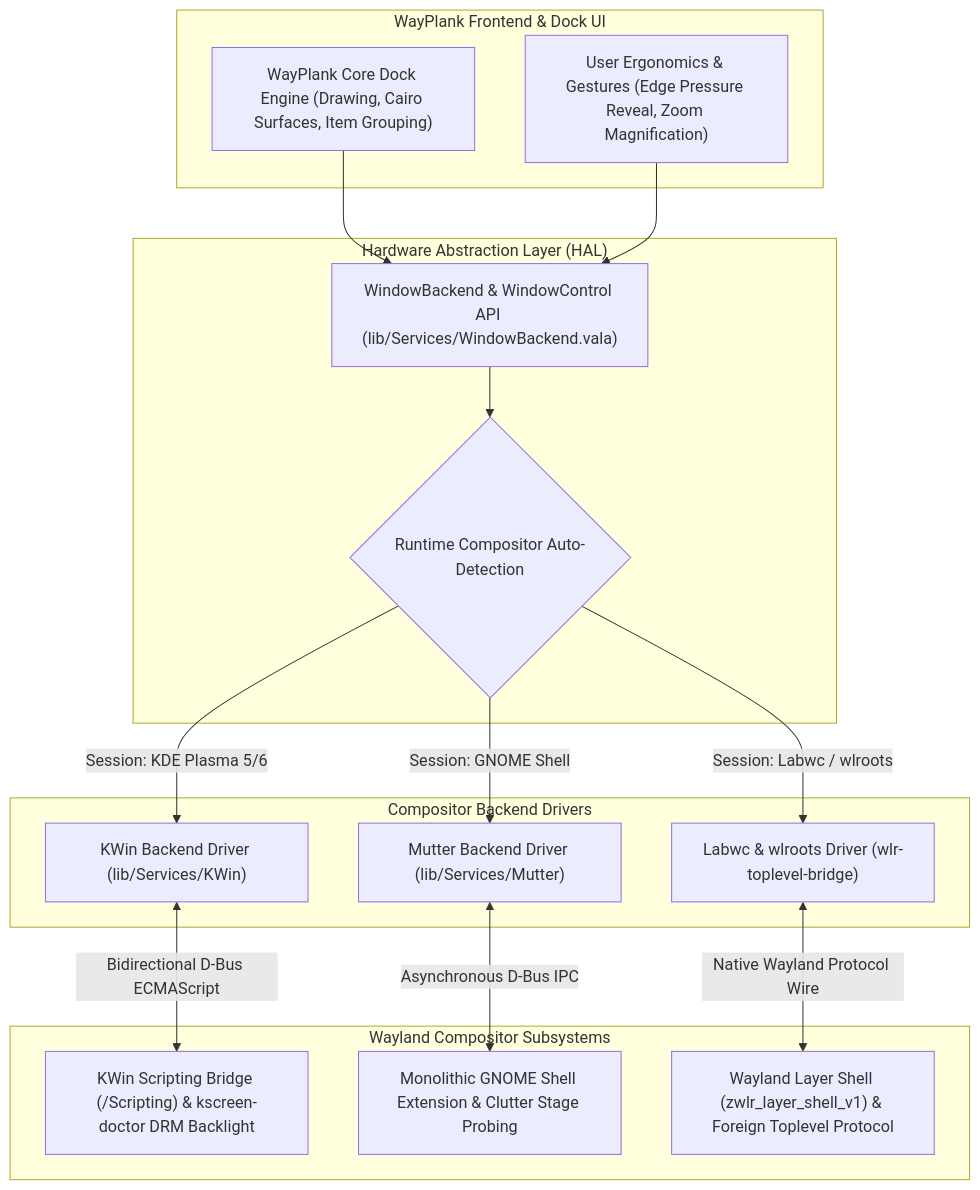
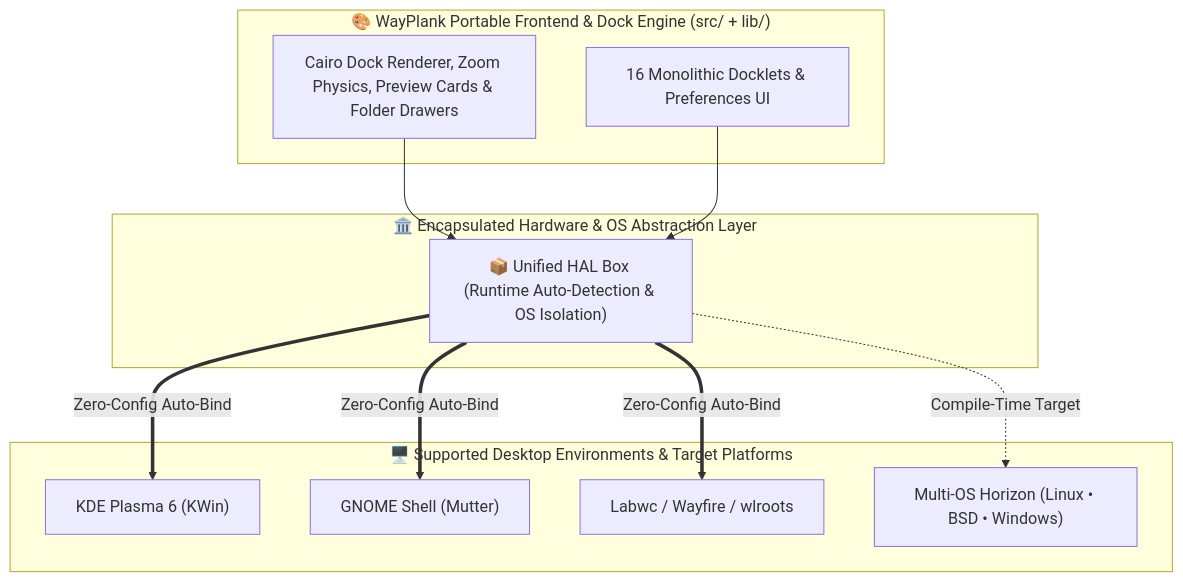
One commit to sergiomelas/WayPlank changed the third of 3 diagrams in Documentation/USER_GUIDE.md. Above: the diagram before and after it, drawn with Mermaid. The commit also changed other lines of this file and 174 other files, not shown here.

Commit message:
V0.7.1: Public Beta 2 — Smart Pinned Accordion, Multi-Profile Browser Isolation, Monolithic GResource Themes & HAL Consolidation

````diff
--- a/Documentation/USER_GUIDE.md
+++ b/Documentation/USER_GUIDE.md
@@ -461,36 +471,25 @@
 ```mermaid
 flowchart TD
-    subgraph UI ["WayPlank Frontend & Dock UI"]
-        Core["WayPlank Core Dock Engine (Drawing, Cairo Surfaces, Item Grouping)"]
-        Gestures["User Ergonomics & Gestures (Edge Pressure Reveal, Zoom Magnification)"]
+    subgraph CORE ["🎨 WayPlank Portable Frontend & Dock Engine (src/ + lib/)"]
+        UI["Cairo Dock Renderer, Zoom Physics, Preview Cards & Folder Drawers"]
+        DOCKLETS["16 Monolithic Docklets & Preferences UI"]
     end
 
-    subgraph HAL ["Hardware Abstraction Layer (HAL)"]
-        WB["WindowBackend & WindowControl API (lib/Services/WindowBackend.vala)"]
-        AutoDetect{"Runtime Compositor Auto-Detection"}
+    subgraph HAL_ENCAPSULATED ["🏛️ Encapsulated Hardware & OS Abstraction Layer"]
+        HAL_BOX["📦 Unified HAL Box (Runtime Auto-Detection & OS Isolation)"]
     end
 
-    subgraph Drivers ["Compositor Backend Drivers"]
-        KWin["KWin Backend Driver (lib/Services/KWin)"]
-        Mutter["Mutter Backend Driver (lib/Services/Mutter)"]
-        Wlr["Labwc & wlroots Driver (wlr-toplevel-bridge)"]
+    subgraph TARGETS ["🖥️ Supported Desktop Environments & Target Platforms"]
+        KWIN["KDE Plasma 6 (KWin)"]
+        MUTTER["GNOME Shell (Mutter)"]
+        WLR["Labwc / Wayfire / wlroots"]
+        HORIZON["Multi-OS Horizon (Linux • BSD • Windows)"]
     end
 
-    subgraph Compositors ["Wayland Compositor Subsystems"]
-        KWinSub["KWin Scripting Bridge (/Scripting) & kscreen-doctor DRM Backlight"]
-        MutterSub["Monolithic GNOME Shell Extension & Clutter Stage Probing"]
-        WlrSub["Wayland Layer Shell (zwlr_layer_shell_v1) & Foreign Toplevel Protocol"]
-    end
-
-    Core --> WB
-    Gestures --> WB
-    WB --> AutoDetect
-
-    AutoDetect -->|"Session: KDE Plasma 5/6"| KWin
-    AutoDetect -->|"Session: GNOME Shell"| Mutter
-    AutoDetect -->|"Session: Labwc / wlroots"| Wlr
-
-    KWin <-->|"Bidirectional D-Bus ECMAScript"| KWinSub
-    Mutter <-->|"Asynchronous D-Bus IPC"| MutterSub
-    Wlr <-->|"Native Wayland Protocol Wire"| WlrSub
+    UI --> HAL_BOX
+    DOCKLETS --> HAL_BOX
+    HAL_BOX ==>|"Zero-Config Auto-Bind"| KWIN
+    HAL_BOX ==>|"Zero-Config Auto-Bind"| MUTTER
+    HAL_BOX ==>|"Zero-Config Auto-Bind"| WLR
+    HAL_BOX -.->|"Compile-Time Target"| HORIZON
 ```
````
